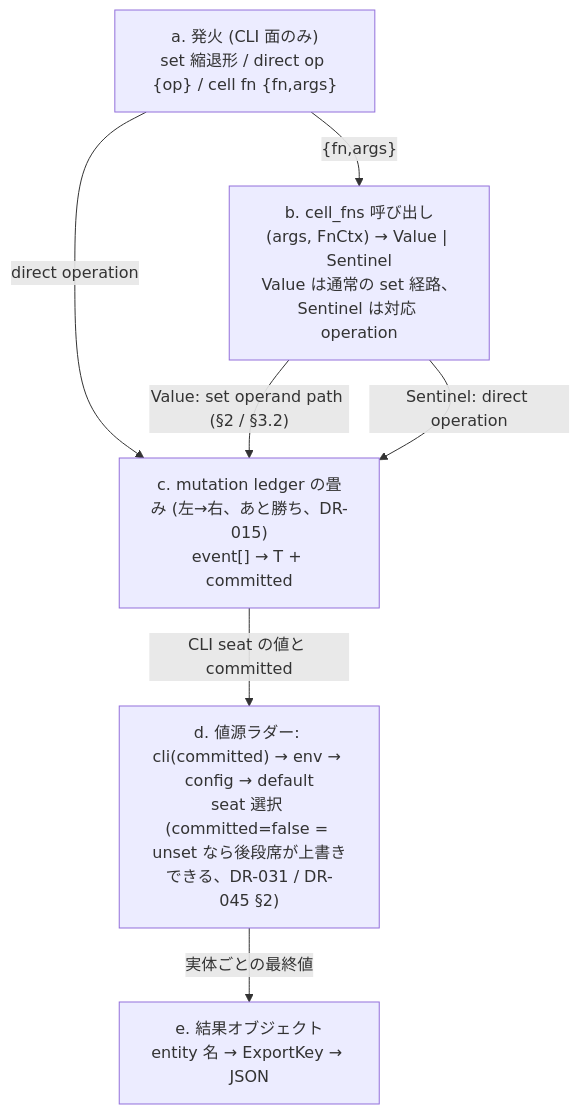
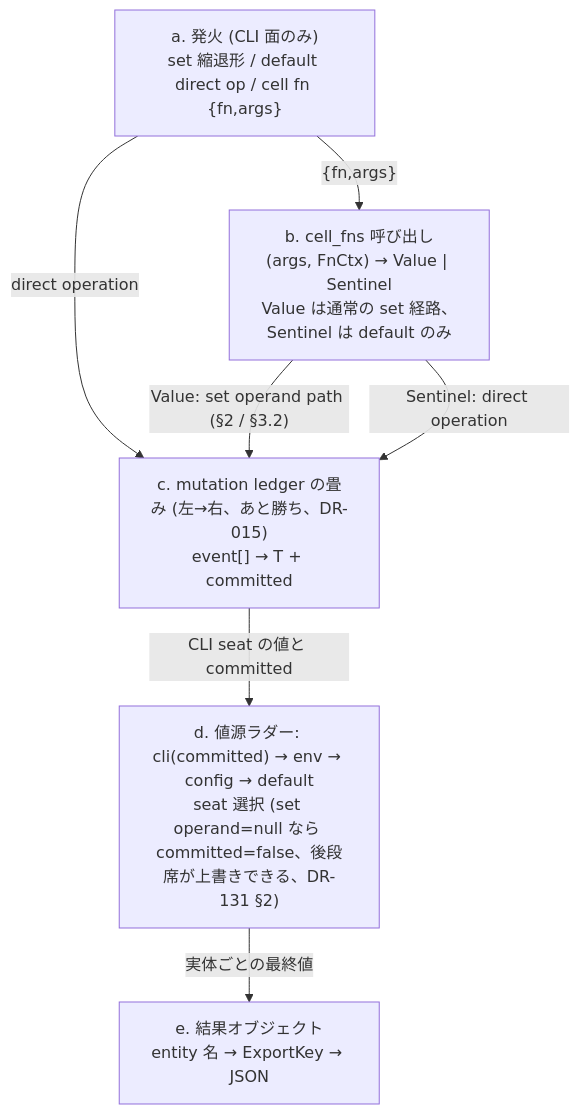
The first of 2 diagrams in docs/PIPELINE.md (kawaz/kuu), drawn with Mermaid before and after one commit. The commit also changed other lines of this file and 4 other files, not shown here.

````diff
--- a/docs/PIPELINE.md
+++ b/docs/PIPELINE.md
@@ -36,14 +36,14 @@
 ```mermaid
 flowchart TD
-  A["a. 発火 (CLI 面のみ)<br/>set 縮退形 / direct op {op} / cell fn {fn,args}"]
-  F["b. cell_fns 呼び出し<br/>(args, FnCtx) → Value | Sentinel<br/>Value は通常の set 経路、Sentinel は対応 operation"]
+  A["a. 発火 (CLI 面のみ)<br/>set 縮退形 / default direct op / cell fn {fn,args}"]
+  F["b. cell_fns 呼び出し<br/>(args, FnCtx) → Value | Sentinel<br/>Value は通常の set 経路、Sentinel は default のみ"]
   B["c. mutation ledger の畳み (左→右、あと勝ち、DR-015)<br/>event[] → T + committed"]
-  C["d. 値源ラダー: cli(committed) → env → config → default<br/>seat 選択 (committed=false = unset なら後段席が上書きできる、DR-031 / DR-045 §2)"]
+  C["d. 値源ラダー: cli(committed) → env → config → default<br/>seat 選択 (set operand=null なら committed=false、後段席が上書きできる、DR-131 §2)"]
   D["e. 結果オブジェクト<br/>entity 名 → ExportKey → JSON"]
   A -- "direct operation" --> B
   A -- "{fn,args}" --> F
   F -- "Value: set operand path (§2 / §3.2)" --> B
   F -- "Sentinel: direct operation" --> B
   B -- "CLI seat の値と committed" --> C
   C -- "実体ごとの最終値" --> D
 ```
````
